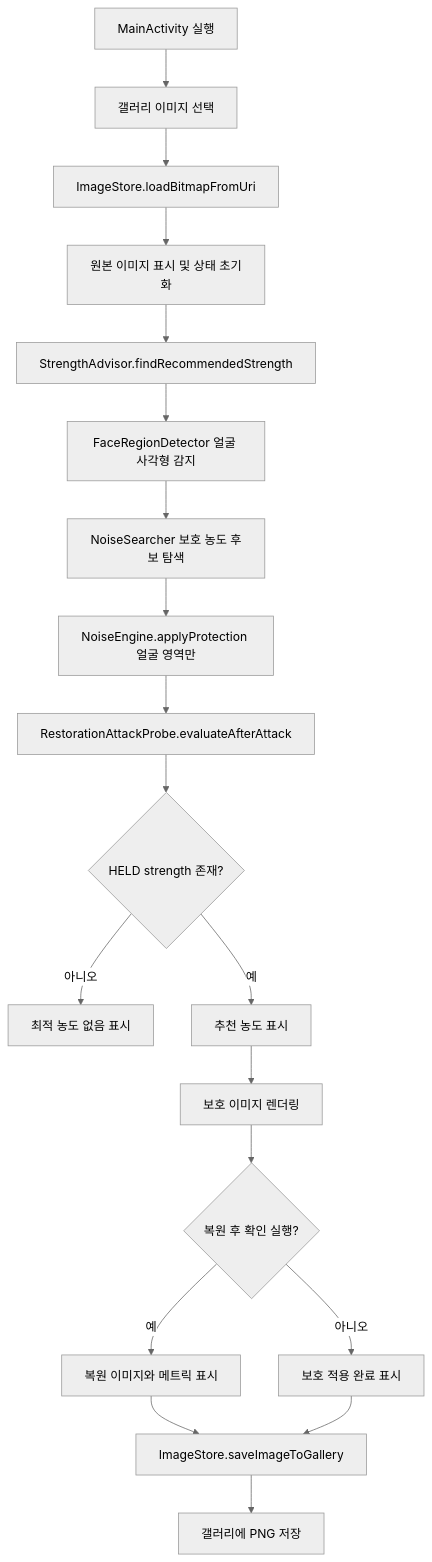
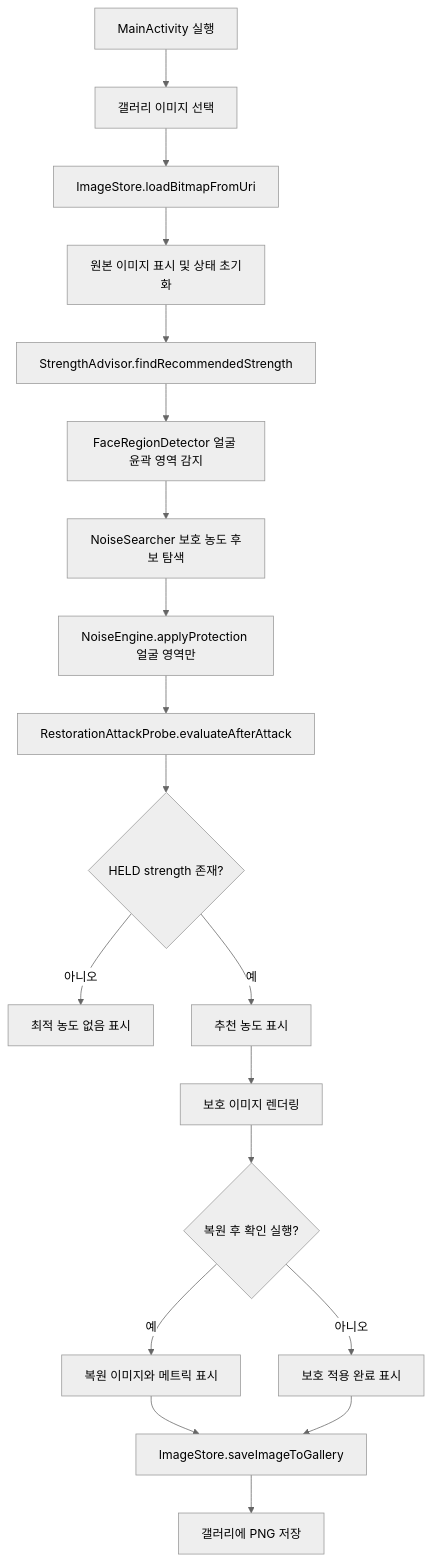
Before and after one commit to js4484821266/Haan-Ghil-Muulnaat: the first of 6 diagrams in ABSORB.md, drawn with Mermaid (neutral theme). The commit also changed other lines of this file and 7 other files, not shown here.

````diff
--- a/ABSORB.md
+++ b/ABSORB.md
@@ -67,21 +67,21 @@
 ```mermaid
 flowchart TD
     A[MainActivity 실행] --> B[갤러리 이미지 선택]
     B --> C[ImageStore.loadBitmapFromUri]
     C --> D[원본 이미지 표시 및 상태 초기화]
     D --> E[StrengthAdvisor.findRecommendedStrength]
-    E --> R[FaceRegionDetector 얼굴 사각형 감지]
+    E --> R[FaceRegionDetector 얼굴 윤곽 영역 감지]
     R --> F[NoiseSearcher 보호 농도 후보 탐색]
     F --> G[NoiseEngine.applyProtection 얼굴 영역만]
     G --> H[RestorationAttackProbe.evaluateAfterAttack]
     H --> I{HELD strength 존재?}
     I -- 아니오 --> J[최적 농도 없음 표시]
     I -- 예 --> K[추천 농도 표시]
     K --> L[보호 이미지 렌더링]
     L --> M{복원 후 확인 실행?}
     M -- 예 --> N[복원 이미지와 메트릭 표시]
     M -- 아니오 --> O[보호 적용 완료 표시]
     N --> P[ImageStore.saveImageToGallery]
     O --> P
     P --> Q[갤러리에 PNG 저장]
 ```
````
